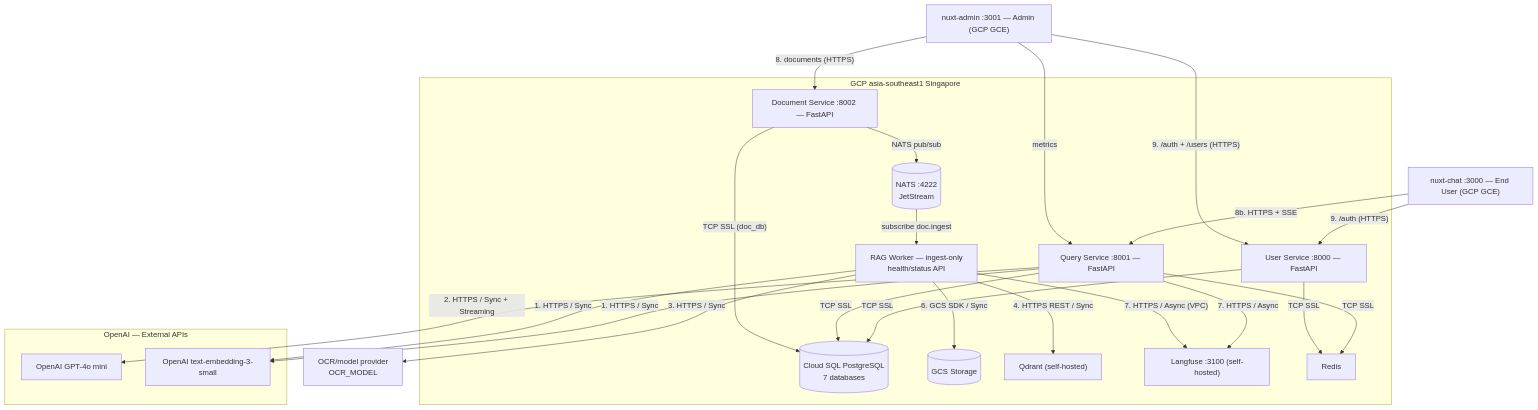
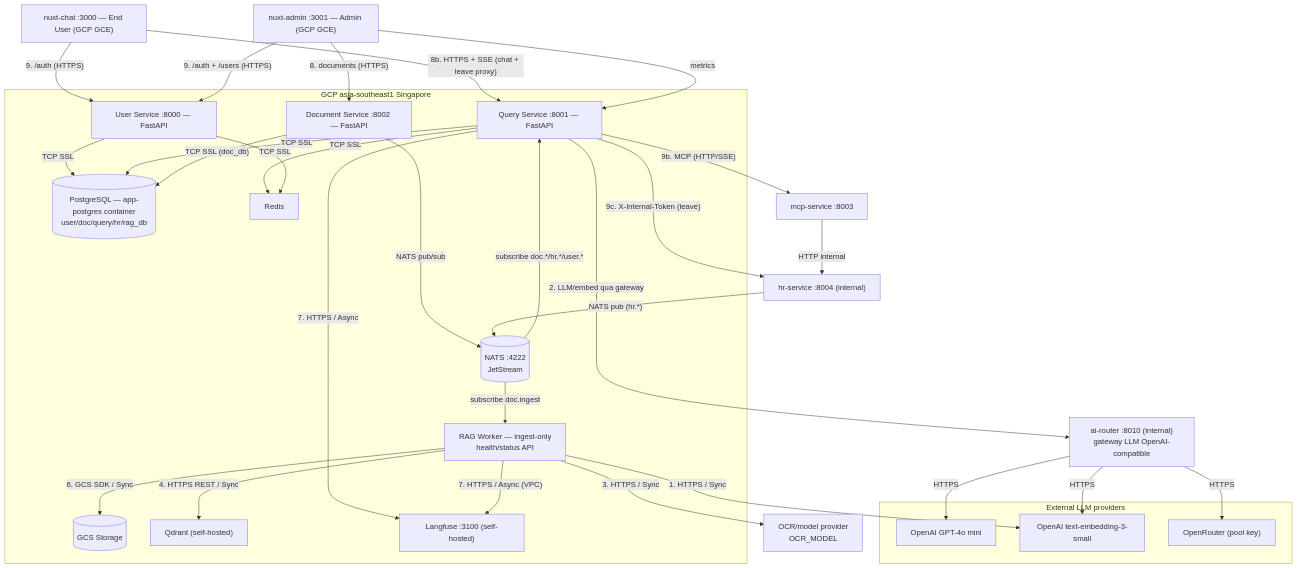
Before and after one commit to cds0987/DA08-VSF-AI: the fourth of 6 diagrams in docs/SA_RAG_Chatbot_Final.md, drawn with Mermaid. The commit also changed other lines of this file and 1 other file, not shown here.

First line of the commit message:
docs(SA): đồng bộ SA_RAG_Chatbot_Final + sửa domain roadmap

````diff
--- a/docs/SA_RAG_Chatbot_Final.md
+++ b/docs/SA_RAG_Chatbot_Final.md
@@ -481,45 +499,57 @@
 ```mermaid
 flowchart TB
     CHAT["nuxt-chat :3000 — End User (GCP GCE)"]
     ADMIN["nuxt-admin :3001 — Admin (GCP GCE)"]
 
     subgraph GCP["GCP asia-southeast1 Singapore"]
         USVC["User Service :8000 — FastAPI"]
         INGEST["Document Service :8002 — FastAPI"]
         QUERY["Query Service :8001 — FastAPI"]
         RAG["RAG Worker — ingest-only\nhealth/status API"]
         NATS_B[("NATS :4222\nJetStream")]
-        PG[("Cloud SQL PostgreSQL\n7 databases")]
+        PG[("PostgreSQL — app-postgres container\nuser/doc/query/hr/rag_db")]
         GCS[("GCS Storage")]
         QDRANT["Qdrant (self-hosted)"]
         LF["Langfuse :3100 (self-hosted)"]
         REDIS["Redis"]
     end
 
-    subgraph OPENAI_EXT["OpenAI — External APIs"]
+    AIR["ai-router :8010 (internal)\ngateway LLM OpenAI-compatible"]
+
+    subgraph OPENAI_EXT["External LLM providers"]
         AOAI["OpenAI GPT-4o mini"]
         EMB_API["OpenAI text-embedding-3-small"]
+        ORT["OpenRouter (pool key)"]
     end
     OCR_EXT["OCR/model provider\nOCR_MODEL"]
+    HRSVC["hr-service :8004 (internal)"]
+    MCPSVC["mcp-service :8003"]
 
     CHAT -- "9. /auth (HTTPS)" --> USVC
     ADMIN -- "9. /auth + /users (HTTPS)" --> USVC
-    CHAT -- "8b. HTTPS + SSE" --> QUERY
+    CHAT -- "8b. HTTPS + SSE (chat + leave proxy)" --> QUERY
     ADMIN -- "8. documents (HTTPS)" --> INGEST
     ADMIN -- "metrics" --> QUERY
     USVC -- "TCP SSL" --> PG
     QUERY -- "TCP SSL" --> PG
     INGEST -- "TCP SSL (doc_db)" --> PG
-    QUERY -- "2. HTTPS / Sync + Streaming" --> AOAI
-    QUERY -- "1. HTTPS / Sync" --> EMB_API
+    QUERY -- "9b. MCP (HTTP/SSE)" --> MCPSVC
+    QUERY -- "9c. X-Internal-Token (leave)" --> HRSVC
+    MCPSVC -- "HTTP internal" --> HRSVC
+    QUERY -- "2. LLM/embed qua gateway" --> AIR
+    AIR -- "HTTPS" --> AOAI
+    AIR -- "HTTPS" --> EMB_API
+    AIR -- "HTTPS" --> ORT
     RAG -- "1. HTTPS / Sync" --> EMB_API
     RAG -- "3. HTTPS / Sync" --> OCR_EXT
     RAG -- "4. HTTPS REST / Sync" --> QDRANT
     RAG -- "6. GCS SDK / Sync" --> GCS
     QUERY -- "7. HTTPS / Async" --> LF
     RAG -- "7. HTTPS / Async (VPC)" --> LF
     INGEST -- "NATS pub/sub" --> NATS_B
+    HRSVC -- "NATS pub (hr.*)" --> NATS_B
     NATS_B -- "subscribe doc.ingest" --> RAG
+    NATS_B -- "subscribe doc.*/hr.*/user.*" --> QUERY
     QUERY -- "TCP SSL" --> REDIS
     USVC -- "TCP SSL" --> REDIS
 ```
````
